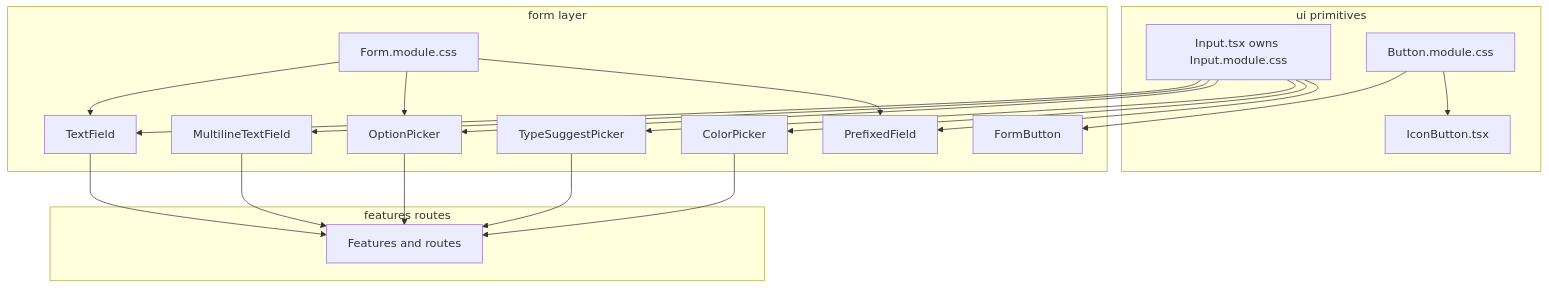
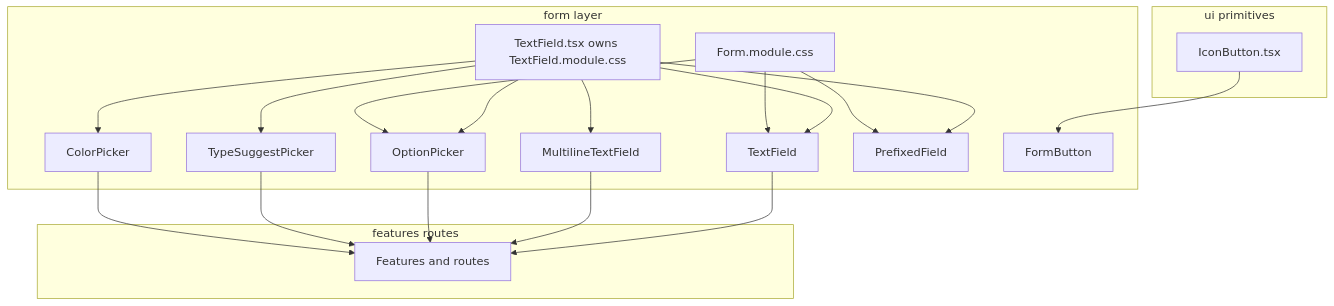
One commit to ndelangen/tanstack-start changed the diagram in docs/technical/ui-component-hierarchy.md. Above: the diagram before and after it, drawn with Mermaid. The commit also changed other lines of this file and 15 other files, not shown here.

First line of the commit message:
Refactor form components to replace `Input` with `TextField` for improved consistency and styling

````diff
--- a/docs/technical/ui-component-hierarchy.md
+++ b/docs/technical/ui-component-hierarchy.md
@@ -67,37 +67,35 @@
 ```mermaid
 flowchart TB
   subgraph ui [ui primitives]
-    InputTSX[Input.tsx owns Input.module.css]
-    ButtonCSS[Button.module.css]
     IconButtonTSX[IconButton.tsx]
   end
   subgraph form [form layer]
+    TextFieldBase[TextField.tsx owns TextField.module.css]
     TextField[TextField]
     Multiline[MultilineTextField]
     OptionPicker[OptionPicker]
     TypeSuggest[TypeSuggestPicker]
     ColorPicker[ColorPicker]
     PrefixedField[PrefixedField]
     FormBtn[FormButton]
     FormModuleCSS[Form.module.css]
   end
   subgraph features [features routes]
     Routes[Features and routes]
   end
-  InputTSX --> TextField
-  InputTSX --> Multiline
-  InputTSX --> OptionPicker
-  InputTSX --> TypeSuggest
-  InputTSX --> ColorPicker
-  InputTSX --> PrefixedField
+  TextFieldBase --> TextField
+  TextFieldBase --> Multiline
+  TextFieldBase --> OptionPicker
+  TextFieldBase --> TypeSuggest
+  TextFieldBase --> ColorPicker
+  TextFieldBase --> PrefixedField
   FormModuleCSS --> TextField
   FormModuleCSS --> OptionPicker
   FormModuleCSS --> PrefixedField
-  ButtonCSS --> FormBtn
-  ButtonCSS --> IconButtonTSX
+  IconButtonTSX --> FormBtn
   TextField --> Routes
   Multiline --> Routes
   OptionPicker --> Routes
   TypeSuggest --> Routes
   ColorPicker --> Routes
 ```
````
